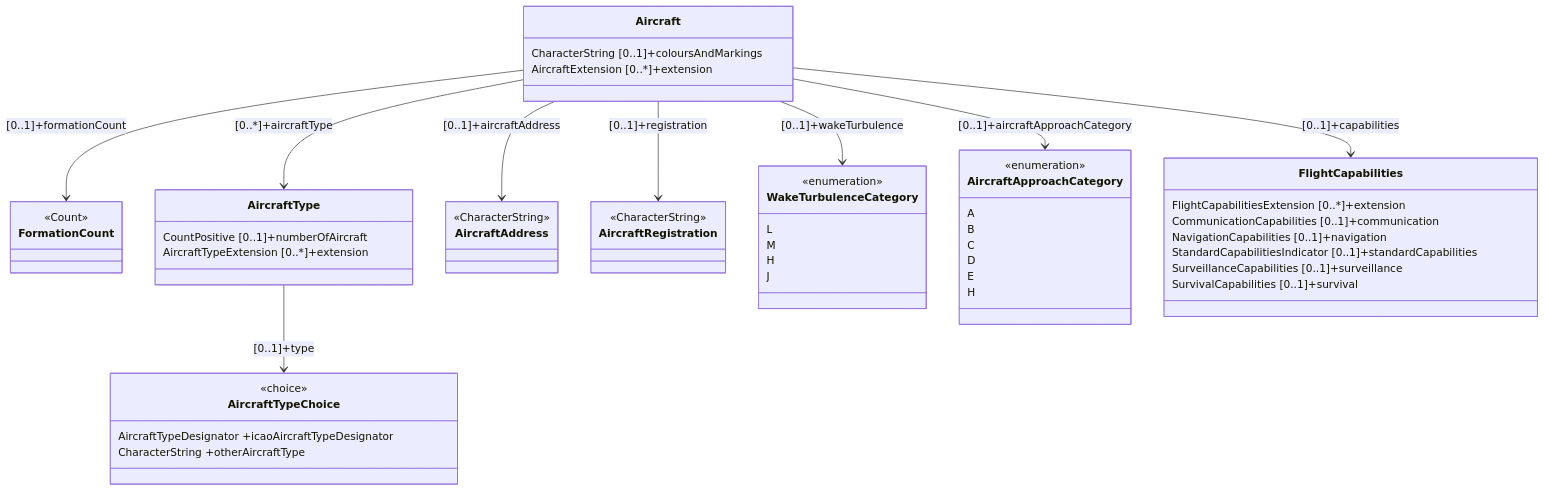
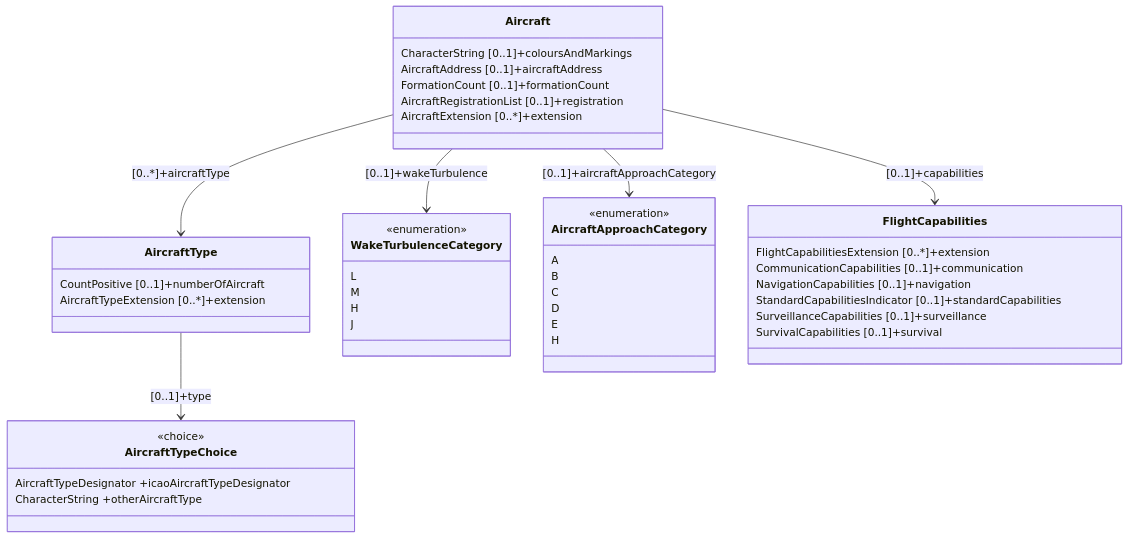
Before and after one commit to hlepori/test_docsify: the fifth of 28 diagrams in docs/fixm/FIXM_UML_in_mermaid.md, drawn with Mermaid. The commit also changed other lines of this file, not shown here.

````diff
--- a/docs/fixm/FIXM_UML_in_mermaid.md
+++ b/docs/fixm/FIXM_UML_in_mermaid.md
@@ -218,57 +173,48 @@
 ```mermaid
 classDiagram
-class FormationCount
-link FormationCount "https://www.fixm.aero/releases/FIXM-4.2.0/doc/schema_documentation/Fixm_FormationCountType.html" "Go to XML definition"
 class AircraftType
 AircraftType : CountPositive [0..1]+numberOfAircraft
 AircraftType : AircraftTypeExtension [0..*]+extension
 AircraftType --> AircraftTypeChoice : [0..1]+type
 link AircraftType "https://www.fixm.aero/releases/FIXM-4.2.0/doc/schema_documentation/Fixm_AircraftTypeType.html" "Go to XML definition"
-class AircraftAddress
-link AircraftAddress "https://www.fixm.aero/releases/FIXM-4.2.0/doc/schema_documentation/Fixm_AircraftAddressType.html" "Go to XML definition"
-class AircraftRegistration
-link AircraftRegistration "https://www.fixm.aero/releases/FIXM-4.2.0/doc/schema_documentation/Fixm_AircraftRegistrationType.html" "Go to XML definition"
 class WakeTurbulenceCategory
 <<enumeration>> WakeTurbulenceCategory
 WakeTurbulenceCategory : L
 WakeTurbulenceCategory : M
 WakeTurbulenceCategory : H
 WakeTurbulenceCategory : J
 link WakeTurbulenceCategory "https://www.fixm.aero/releases/FIXM-4.2.0/doc/schema_documentation/Fixm_WakeTurbulenceCategoryType.html" "Go to XML definition"
 class AircraftApproachCategory
 <<enumeration>> AircraftApproachCategory
 AircraftApproachCategory : A
 AircraftApproachCategory : B
 AircraftApproachCategory : C
 AircraftApproachCategory : D
 AircraftApproachCategory : E
 AircraftApproachCategory : H
 link AircraftApproachCategory "https://www.fixm.aero/releases/FIXM-4.2.0/doc/schema_documentation/Fixm_AircraftApproachCategoryType.html" "Go to XML definition"
 class AircraftTypeChoice
 <<choice>> AircraftTypeChoice
 AircraftTypeChoice : AircraftTypeDesignator +icaoAircraftTypeDesignator
 AircraftTypeChoice : CharacterString +otherAircraftType
 link AircraftTypeChoice "https://www.fixm.aero/releases/FIXM-4.2.0/doc/schema_documentation/Fixm_AircraftTypeChoiceType.html" "Go to XML definition"
 class Aircraft
 Aircraft : CharacterString [0..1]+coloursAndMarkings
-Aircraft --> AircraftAddress : [0..1]+aircraftAddress
+Aircraft : AircraftAddress [0..1]+aircraftAddress
 Aircraft --> AircraftApproachCategory : [0..1]+aircraftApproachCategory
 Aircraft --> AircraftType : [0..*]+aircraftType
 Aircraft --> FlightCapabilities : [0..1]+capabilities
-Aircraft --> FormationCount : [0..1]+formationCount
-Aircraft --> "<List>" AircraftRegistration : [0..1]+registration
+Aircraft : FormationCount [0..1]+formationCount
+Aircraft : AircraftRegistrationList [0..1]+registration
 Aircraft --> WakeTurbulenceCategory : [0..1]+wakeTurbulence
 Aircraft : AircraftExtension [0..*]+extension
 link Aircraft "https://www.fixm.aero/releases/FIXM-4.2.0/doc/schema_documentation/Fixm_AircraftType.html" "Go to XML definition"
 class FlightCapabilities
 FlightCapabilities : FlightCapabilitiesExtension [0..*]+extension
 FlightCapabilities : CommunicationCapabilities [0..1]+communication
 FlightCapabilities : NavigationCapabilities [0..1]+navigation
 FlightCapabilities : StandardCapabilitiesIndicator [0..1]+standardCapabilities
 FlightCapabilities : SurveillanceCapabilities [0..1]+surveillance
 FlightCapabilities : SurvivalCapabilities [0..1]+survival
 link FlightCapabilities "https://www.fixm.aero/releases/FIXM-4.2.0/doc/schema_documentation/Fixm_FlightCapabilitiesType.html" "Go to XML definition"
-<<Count>>FormationCount
-<<CharacterString>>AircraftAddress
-<<CharacterString>>AircraftRegistration
 ```
````
